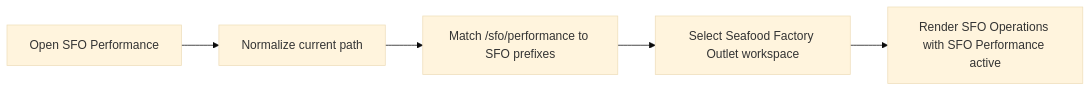
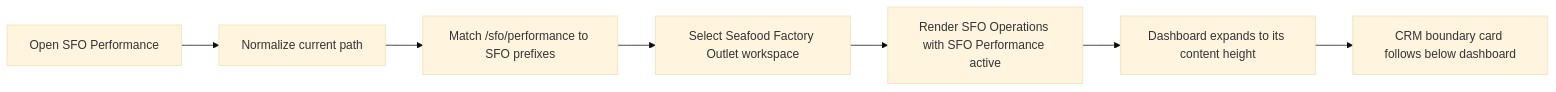
Before and after one commit to may24fc/sn-connect-app: the diagram in docs/features/sfo-performance/optimization.md, drawn with Mermaid (base theme). The commit also changed other lines of this file and 6 other files, not shown here.

````diff
--- a/docs/features/sfo-performance/optimization.md
+++ b/docs/features/sfo-performance/optimization.md
@@ -26,7 +35,9 @@
 ```mermaid
 flowchart LR
   A[Open SFO Performance] --> B[Normalize current path]
   B --> C[Match /sfo/performance to SFO prefixes]
   C --> D[Select Seafood Factory Outlet workspace]
   D --> E[Render SFO Operations with SFO Performance active]
+  E --> F[Dashboard expands to its content height]
+  F --> G[CRM boundary card follows below dashboard]
 ```
````
